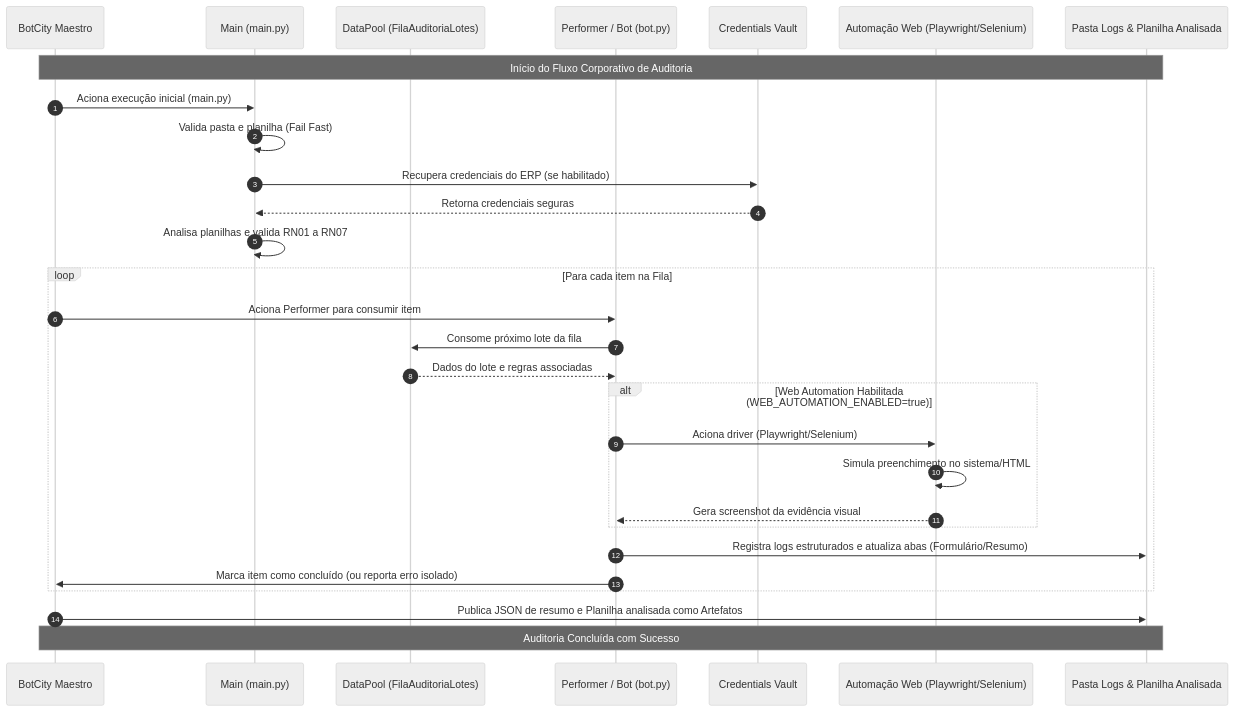
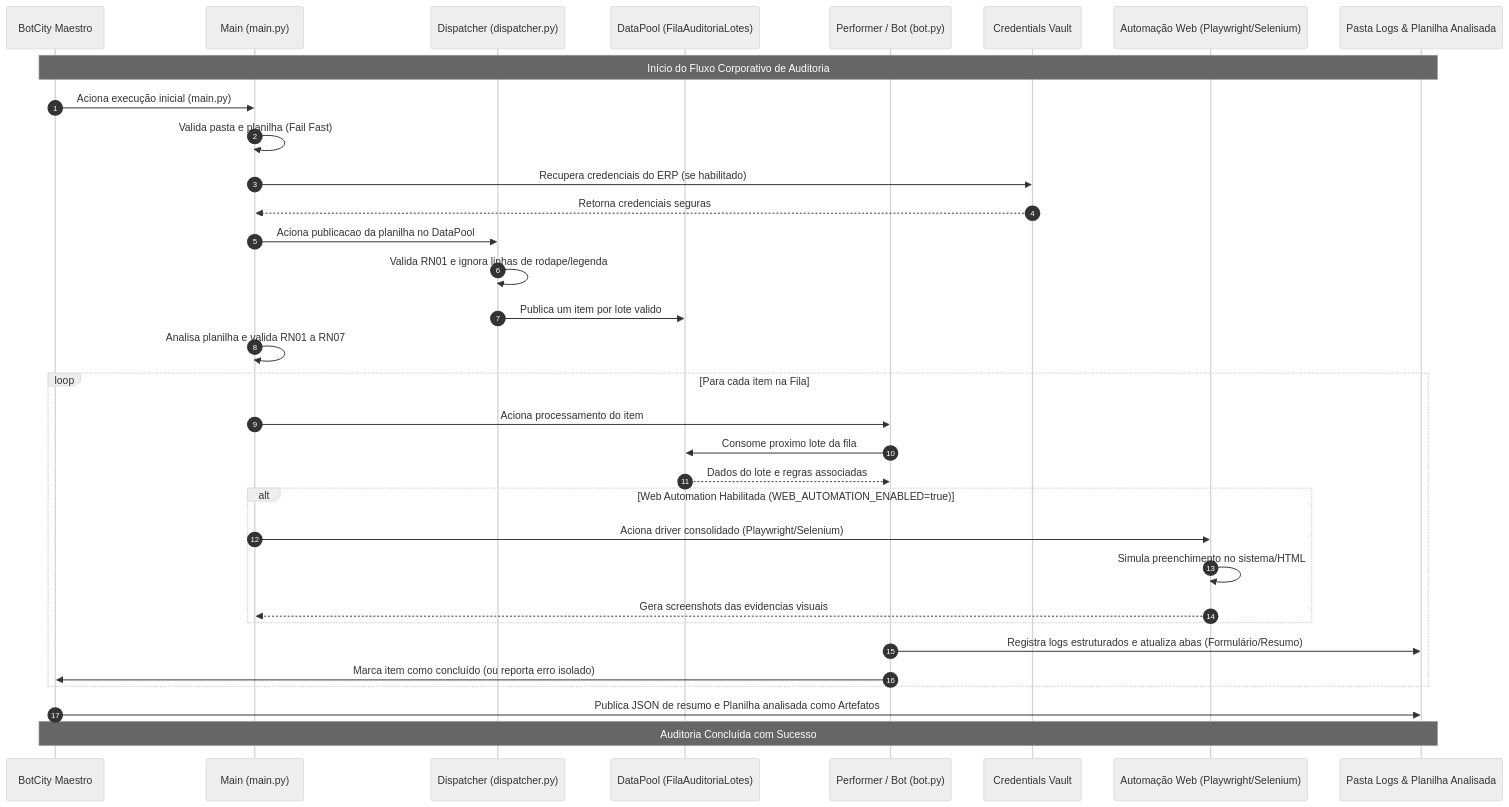
One commit to TeodorioNeto/Bot-Confer-ncia-de-Lotes changed the diagram in README.md. Above: the diagram before and after it, drawn with Mermaid (neutral theme). The commit also changed other lines of this file and 10 other files, not shown here.

Commit message:
feat: restaura dispatcher e registra evidencias web

````diff
--- a/README.md
+++ b/README.md
@@ -169,38 +172,42 @@
 ```mermaid
 sequenceDiagram
     autonumber
     participant Maestro as BotCity Maestro
     participant Main as Main (main.py)
+    participant Dispatcher as Dispatcher (dispatcher.py)
     participant DataPool as DataPool (FilaAuditoriaLotes)
     participant Performer as Performer / Bot (bot.py)
     participant Vault as Credentials Vault
     participant Web as Automação Web (Playwright/Selenium)
     participant Logs as Pasta Logs & Planilha Analisada
 
     Note over Maestro, Logs: Início do Fluxo Corporativo de Auditoria
 
     Maestro->>Main: Aciona execução inicial (main.py)
     Main->>Main: Valida pasta e planilha (Fail Fast)
     Main->>Vault: Recupera credenciais do ERP (se habilitado)
     Vault-->>Main: Retorna credenciais seguras
 
-    Main->>Main: Analisa planilhas e valida RN01 a RN07
+    Main->>Dispatcher: Aciona publicacao da planilha no DataPool
+    Dispatcher->>Dispatcher: Valida RN01 e ignora linhas de rodape/legenda
+    Dispatcher->>DataPool: Publica um item por lote valido
+    Main->>Main: Analisa planilha e valida RN01 a RN07
 
     loop Para cada item na Fila
-        Maestro->>Performer: Aciona Performer para consumir item
-        Performer->>DataPool: Consome próximo lote da fila
+        Main->>Performer: Aciona processamento do item
+        Performer->>DataPool: Consome proximo lote da fila
         DataPool-->>Performer: Dados do lote e regras associadas
 
         alt Web Automation Habilitada (WEB_AUTOMATION_ENABLED=true)
-            Performer->>Web: Aciona driver (Playwright/Selenium)
+            Main->>Web: Aciona driver consolidado (Playwright/Selenium)
             Web->>Web: Simula preenchimento no sistema/HTML
-            Web-->>Performer: Gera screenshot da evidência visual
+            Web-->>Main: Gera screenshots das evidencias visuais
         end
 
         Performer->>Logs: Registra logs estruturados e atualiza abas (Formulário/Resumo)
         Performer->>Maestro: Marca item como concluído (ou reporta erro isolado)
     end
 
     Maestro->>Logs: Publica JSON de resumo e Planilha analisada como Artefatos
     Note over Maestro, Logs: Auditoria Concluída com Sucesso
 ```
````
